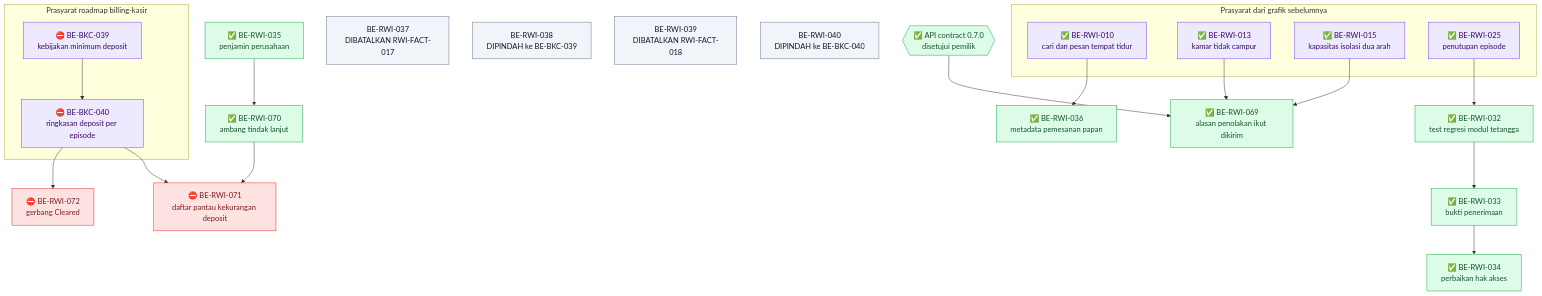
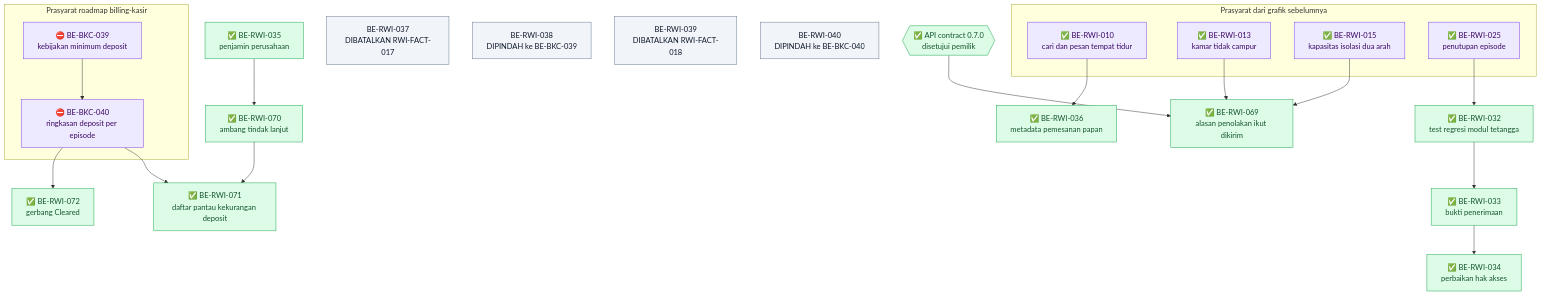
One commit to DevBenari/NewQuilvianSystemBackend changed the fourth of 5 diagrams in docs/module-blueprints/rawat-inap/episode-rawat-inap/roadmap/backend-roadmap.md. Above: the diagram before and after it, drawn with Mermaid. The commit also changed other lines of this file and 34 other files, not shown here.

````diff
--- a/docs/module-blueprints/rawat-inap/episode-rawat-inap/roadmap/backend-roadmap.md
+++ b/docs/module-blueprints/rawat-inap/episode-rawat-inap/roadmap/backend-roadmap.md
@@ -253,48 +253,48 @@
 ```mermaid
 flowchart TD
     classDef selesai fill:#DCFCE7,stroke:#16A34A,color:#14532D
     classDef sebagian fill:#FEF9C3,stroke:#CA8A04,color:#713F12
     classDef terblokir fill:#FEE2E2,stroke:#DC2626,color:#7F1D1D
     classDef belum fill:#F1F5F9,stroke:#64748B,color:#0F172A
     classDef luar fill:#EDE9FE,stroke:#7C3AED,color:#3B0764
 
     subgraph prasyaratlain["Prasyarat dari grafik sebelumnya"]
         BE010y["✅ BE-RWI-010<br/>cari dan pesan tempat tidur"]:::luar
         BE013y["✅ BE-RWI-013<br/>kamar tidak campur"]:::luar
         BE015y["✅ BE-RWI-015<br/>kapasitas isolasi dua arah"]:::luar
         BE025y["✅ BE-RWI-025<br/>penutupan episode"]:::luar
     end
 
     subgraph billing["Prasyarat roadmap billing-kasir"]
         BEBKC039["⛔ BE-BKC-039<br/>kebijakan minimum deposit"]:::luar
         BEBKC040["⛔ BE-BKC-040<br/>ringkasan deposit per episode"]:::luar
     end
 
     BE032["✅ BE-RWI-032<br/>test regresi modul tetangga"]:::selesai
     BE033["✅ BE-RWI-033<br/>bukti penerimaan"]:::selesai
     BE034["✅ BE-RWI-034<br/>perbaikan hak akses"]:::selesai
     BE035["✅ BE-RWI-035<br/>penjamin perusahaan"]:::selesai
     BE036["✅ BE-RWI-036<br/>metadata pemesanan papan"]:::selesai
     BE037["BE-RWI-037<br/>DIBATALKAN RWI-FACT-017"]:::belum
     BE038["BE-RWI-038<br/>DIPINDAH ke BE-BKC-039"]:::belum
     BE039["BE-RWI-039<br/>DIBATALKAN RWI-FACT-018"]:::belum
     BE040["BE-RWI-040<br/>DIPINDAH ke BE-BKC-040"]:::belum
     BE041["✅ BE-RWI-070<br/>ambang tindak lanjut"]:::selesai
-    BE042["⛔ BE-RWI-071<br/>daftar pantau kekurangan deposit"]:::terblokir
-    BE043["⛔ BE-RWI-072<br/>gerbang Cleared"]:::terblokir
+    BE042["✅ BE-RWI-071<br/>daftar pantau kekurangan deposit"]:::selesai
+    BE043["✅ BE-RWI-072<br/>gerbang Cleared"]:::selesai
     BE069["✅ BE-RWI-069<br/>alasan penolakan ikut dikirim"]:::selesai
     API070{{"✅ API contract 0.7.0<br/>disetujui pemilik"}}:::selesai
 
     BE010y --> BE036
     BE025y --> BE032
     BE032 --> BE033
     BE033 --> BE034
     BE035 --> BE041
     BEBKC039 --> BEBKC040
     BEBKC040 --> BE042
     BE041 --> BE042
     BEBKC040 --> BE043
     BE013y --> BE069
     BE015y --> BE069
     API070 --> BE069
 ```
````
